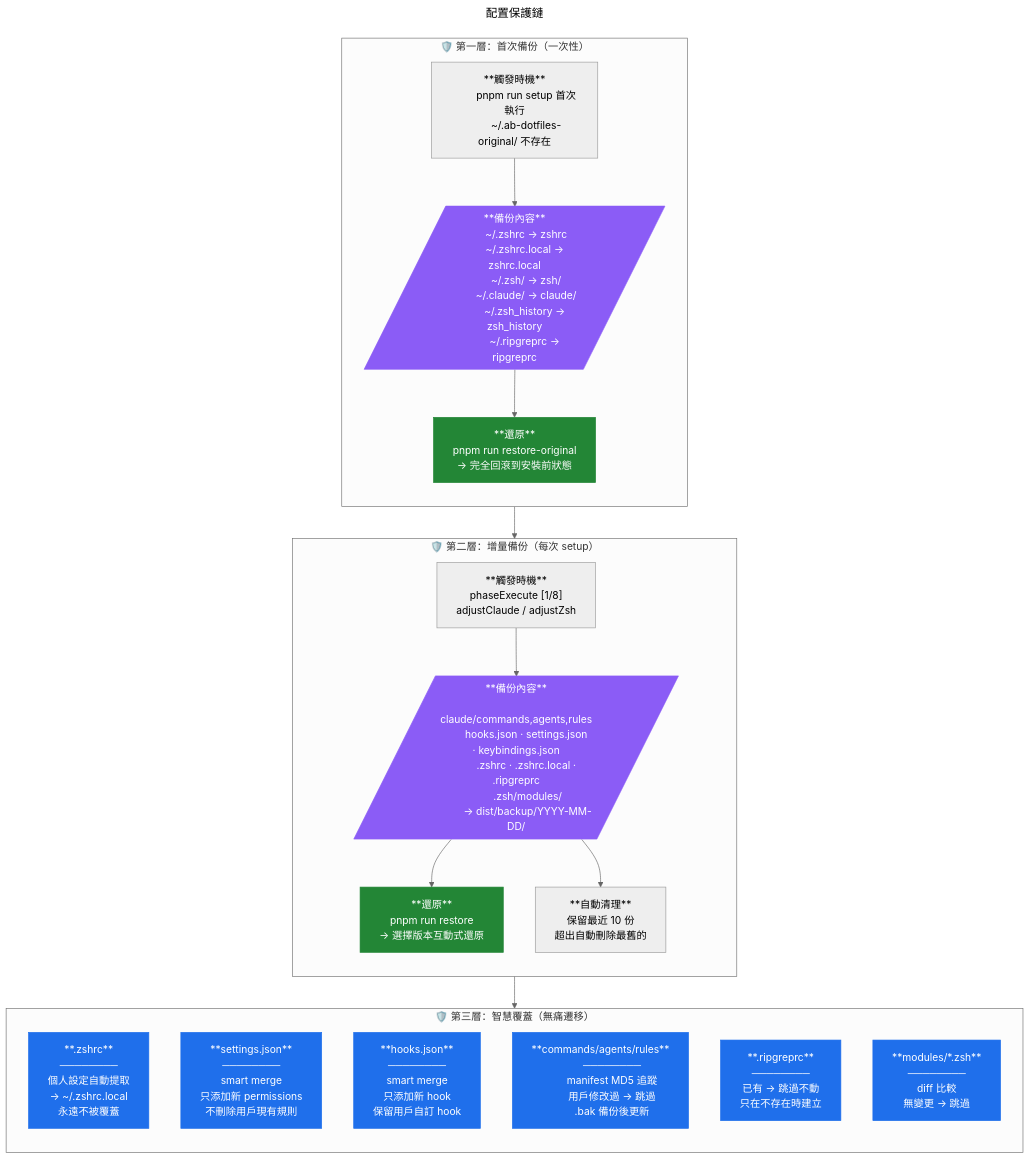
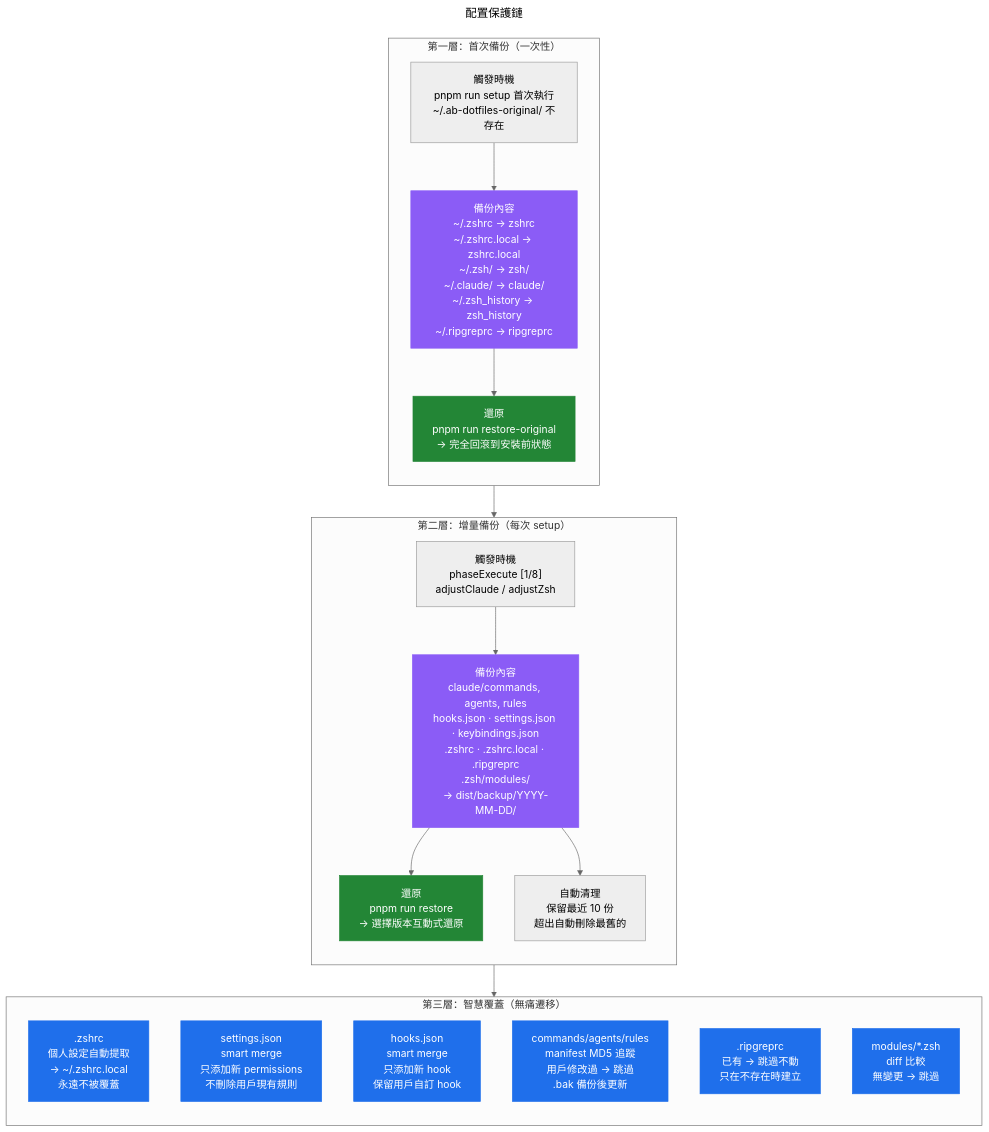
Before and after one commit to AlvinBian/ab-dotfiles: the diagram in docs/flows/config-protection.mmd, drawn with Mermaid (neutral theme). The commit also changed 5 other files, not shown here.

First line of the commit message:
fix(flow): Mermaid 語法修復 + 拖動縮放支持

```diff
--- a/docs/flows/config-protection.mmd
+++ b/docs/flows/config-protection.mmd
@@ -1,90 +1,47 @@
 ---
 title: 配置保護鏈
 description: 三層保護：首次備份 → 增量備份 → 智慧覆蓋 + 兩種還原
 links:
   - phase-execute: 安裝流程（備份在 Step 1）
   - setup-main: 返回主流程
 ---
 flowchart TD
-    subgraph Layer1 ["🛡️ 第一層：首次備份（一次性）"]
+    subgraph Layer1 ["第一層：首次備份（一次性）"]
         direction TB
-        L1T["**觸發時機**
-        pnpm run setup 首次執行
-        ~/.ab-dotfiles-original/ 不存在"]
-        L1T --> L1F[/"**備份內容**
-        ~/.zshrc → zshrc
-        ~/.zshrc.local → zshrc.local
-        ~/.zsh/ → zsh/
-        ~/.claude/ → claude/
-        ~/.zsh_history → zsh_history
-        ~/.ripgreprc → ripgreprc"/]
-        L1F --> L1R["**還原**
-        pnpm run restore-original
-        → 完全回滾到安裝前狀態"]
+        L1T["觸發時機<br/>pnpm run setup 首次執行<br/>~/.ab-dotfiles-original/ 不存在"]
+        L1T --> L1F["備份內容<br/>~/.zshrc → zshrc<br/>~/.zshrc.local → zshrc.local<br/>~/.zsh/ → zsh/<br/>~/.claude/ → claude/<br/>~/.zsh_history → zsh_history<br/>~/.ripgreprc → ripgreprc"]
+        L1F --> L1R["還原<br/>pnpm run restore-original<br/>→ 完全回滾到安裝前狀態"]
     end
 
-    subgraph Layer2 ["🛡️ 第二層：增量備份（每次 setup）"]
+    subgraph Layer2 ["第二層：增量備份（每次 setup）"]
         direction TB
-        L2T["**觸發時機**
-        phaseExecute [1/8]
-        adjustClaude / adjustZsh"]
-        L2T --> L2F[/"**備份內容**
-        claude/commands,agents,rules
-        hooks.json · settings.json · keybindings.json
-        .zshrc · .zshrc.local · .ripgreprc
-        .zsh/modules/
-        → dist/backup/YYYY-MM-DD/"/]
-        L2F --> L2R["**還原**
-        pnpm run restore
-        → 選擇版本互動式還原"]
-        L2F --> L2C["**自動清理**
-        保留最近 10 份
-        超出自動刪除最舊的"]
+        L2T["觸發時機<br/>phaseExecute [1/8]<br/>adjustClaude / adjustZsh"]
+        L2T --> L2F["備份內容<br/>claude/commands, agents, rules<br/>hooks.json · settings.json · keybindings.json<br/>.zshrc · .zshrc.local · .ripgreprc<br/>.zsh/modules/<br/>→ dist/backup/YYYY-MM-DD/"]
+        L2F --> L2R["還原<br/>pnpm run restore<br/>→ 選擇版本互動式還原"]
+        L2F --> L2C["自動清理<br/>保留最近 10 份<br/>超出自動刪除最舊的"]
     end
 
-    subgraph Layer3 ["🛡️ 第三層：智慧覆蓋（無痛遷移）"]
+    subgraph Layer3 ["第三層：智慧覆蓋（無痛遷移）"]
         direction TB
-        S1["**.zshrc**
-        ────────
-        個人設定自動提取
-        → ~/.zshrc.local
-        永遠不被覆蓋"]
+        S1[".zshrc<br/>個人設定自動提取<br/>→ ~/.zshrc.local<br/>永遠不被覆蓋"]
 
-        S2["**settings.json**
-        ────────
-        smart merge
-        只添加新 permissions
-        不刪除用戶現有規則"]
+        S2["settings.json<br/>smart merge<br/>只添加新 permissions<br/>不刪除用戶現有規則"]
 
-        S3["**hooks.json**
-        ────────
-        smart merge
-        只添加新 hook
-        保留用戶自訂 hook"]
+        S3["hooks.json<br/>smart merge<br/>只添加新 hook<br/>保留用戶自訂 hook"]
 
-        S4["**commands/agents/rules**
-        ────────
-        manifest MD5 追蹤
-        用戶修改過 → 跳過
-        .bak 備份後更新"]
+        S4["commands/agents/rules<br/>manifest MD5 追蹤<br/>用戶修改過 → 跳過<br/>.bak 備份後更新"]
 
-        S5["**.ripgreprc**
-        ────────
-        已有 → 跳過不動
-        只在不存在時建立"]
+        S5[".ripgreprc<br/>已有 → 跳過不動<br/>只在不存在時建立"]
 
-        S6["**modules/*.zsh**
-        ────────
-        diff 比較
-        無變更 → 跳過"]
+        S6["modules/*.zsh<br/>diff 比較<br/>無變更 → 跳過"]
     end
 
     Layer1 --> Layer2 --> Layer3
 
     classDef backup fill:#8b5cf6,color:#fff,stroke:#8b5cf6
     classDef restore fill:#238636,color:#fff,stroke:#238636
     classDef strategy fill:#1f6feb,color:#fff,stroke:#1f6feb
 
     class L1F,L2F backup
     class L1R,L2R restore
     class S1,S2,S3,S4,S5,S6 strategy
```
